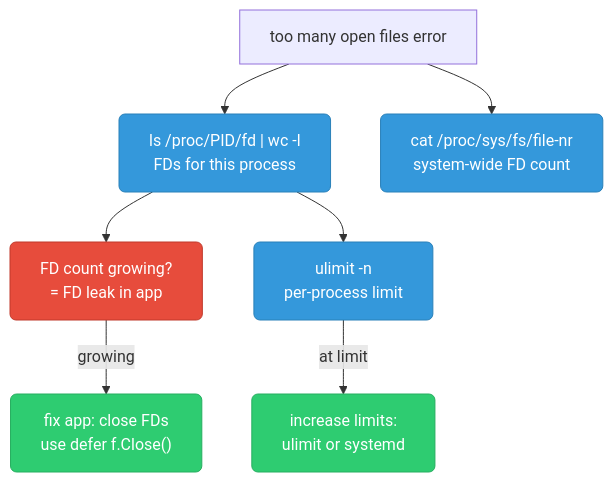
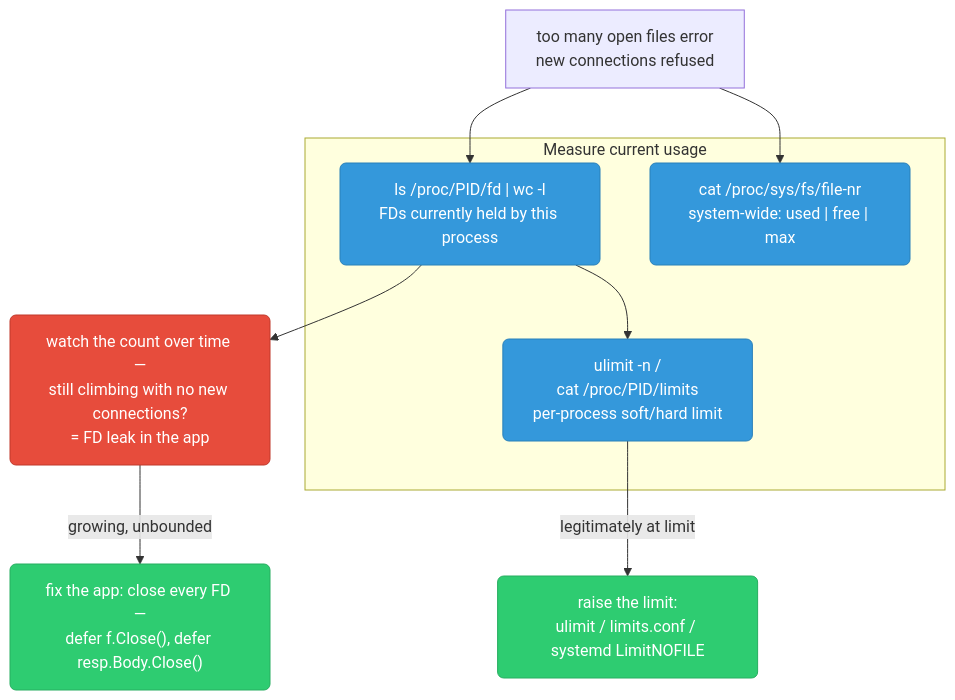
The fourth of 10 diagrams in sre/linux-debugging.md (deepanshu-rawat6/DevOpsIndex), drawn with Mermaid before and after one commit. The commit also changed other lines of this file and 10 other files, not shown here.

````diff
--- a/sre/linux-debugging.md
+++ b/sre/linux-debugging.md
@@ -169,20 +256,24 @@
 ```mermaid
 graph TD
     classDef check fill:#3498db,stroke:#2980b9,color:#fff,rx:6
     classDef fix fill:#2ecc71,stroke:#27ae60,color:#fff,rx:6
     classDef warn fill:#e74c3c,stroke:#c0392b,color:#fff,rx:6
 
-    START["too many open files error"]
-    PROC["ls /proc/PID/fd | wc -l<br/>FDs for this process"]:::check
-    LIMIT["ulimit -n<br/>per-process limit"]:::check
-    SYSWIDE["cat /proc/sys/fs/file-nr<br/>system-wide FD count"]:::check
-    LEAK["FD count growing?<br/>= FD leak in app"]:::warn
-    INC_LIMIT["increase limits:<br/>ulimit or systemd"]:::fix
-    FIX_LEAK["fix app: close FDs<br/>use defer f.Close()"]:::fix
+    START["too many open files error<br/>new connections refused"]
+
+    subgraph MEASURE["Measure current usage"]
+        PROC["ls /proc/PID/fd | wc -l<br/>FDs currently held by this process"]:::check
+        LIMIT["ulimit -n /<br/>cat /proc/PID/limits<br/>per-process soft/hard limit"]:::check
+        SYSWIDE["cat /proc/sys/fs/file-nr<br/>system-wide: used | free | max"]:::check
+    end
+
+    LEAK["watch the count over time —<br/>still climbing with no new connections?<br/>= FD leak in the app"]:::warn
+    INC_LIMIT["raise the limit:<br/>ulimit / limits.conf / systemd LimitNOFILE"]:::fix
+    FIX_LEAK["fix the app: close every FD —<br/>defer f.Close(), defer resp.Body.Close()"]:::fix
 
     START --> PROC --> LEAK
     PROC --> LIMIT
     START --> SYSWIDE
-    LEAK -->|"growing"| FIX_LEAK
-    LIMIT -->|"at limit"| INC_LIMIT
+    LEAK -->|"growing, unbounded"| FIX_LEAK
+    LIMIT -->|"legitimately at limit"| INC_LIMIT
 ```
````
